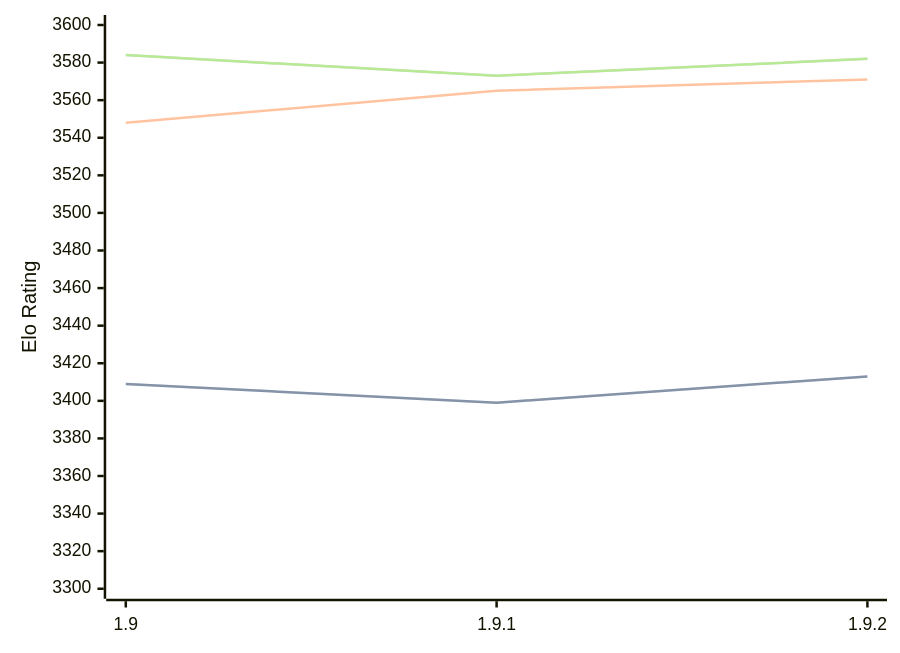
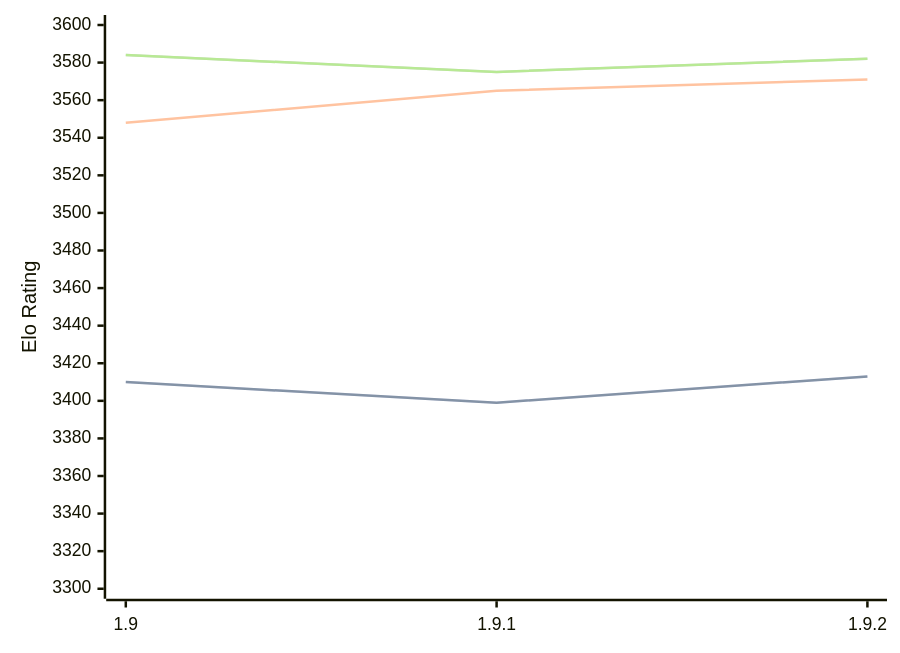
Before and after one commit to computer-chess-index/cci: the diagram in engines/Pawnocchio.md, drawn with Mermaid. The commit also changed other lines of this file, not shown here.

Commit message:
Update CCI Ratings (ELO VLTC) - 2026-02-19

````diff
--- a/engines/Pawnocchio.md
+++ b/engines/Pawnocchio.md
@@ -45,11 +45,11 @@
 ```mermaid
 %%{init: {"theme":"base","themeVariables":{"seriesColors:['#a3a3a3','#222221','#faa371']}}}%%
 xychart-beta
   x-axis ["1.9", "1.9.1", "1.9.2"]
   y-axis "Elo Rating" 3300 --> 3600
-  line "STC (8.0+0.08s)" [3409, 3399, 3413]
-  line "STC (8.0+0.08s)" [3409, 3399, 3413]
+  line "STC (8.0+0.08s)" [3410, 3399, 3413]
+  line "STC (8.0+0.08s)" [3410, 3399, 3413]
   line "LTC (60.0+0.60s)" [3548, 3565, 3571]
-  line "VLTC (2m24s+1.12s)" [3584, 3573, 3582]
-  line "VLTC (2m24s+1.12s)" [3584, 3573, 3582]
+  line "VLTC (2m24s+1.12s)" [3584, 3575, 3582]
+  line "VLTC (2m24s+1.12s)" [3584, 3575, 3582]
 ```
````
